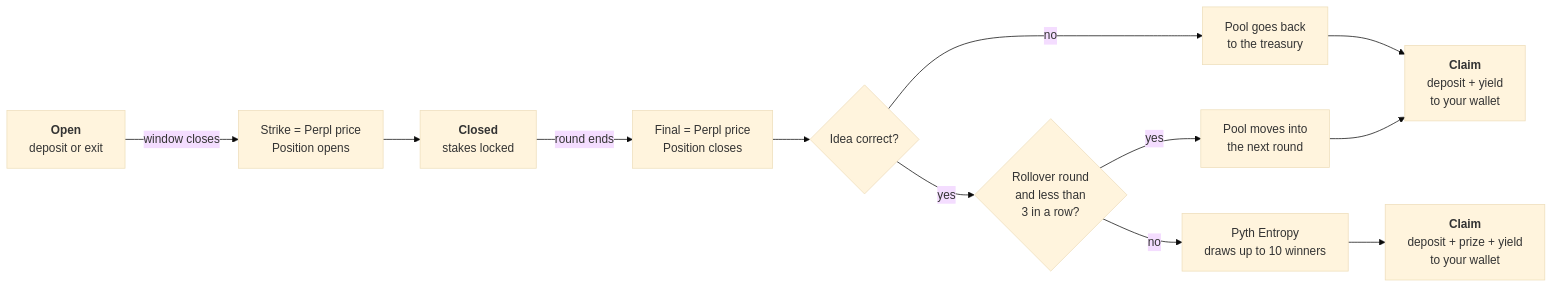
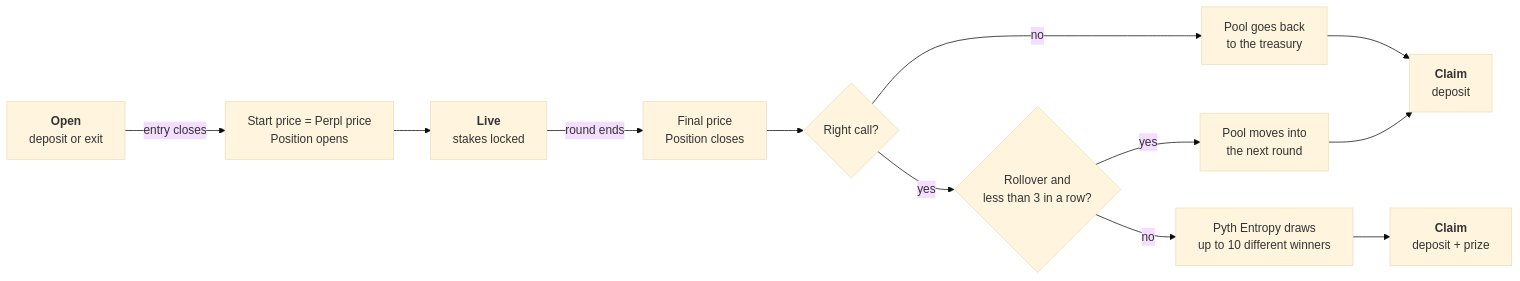
One commit to kovdanielgh/rounds changed the second of 2 diagrams in README.md. Above: the diagram before and after it, drawn with Mermaid (base theme). The commit also changed other lines of this file and 1 other file, not shown here.

````diff
--- a/README.md
+++ b/README.md
@@ -51,14 +34,14 @@
 ```mermaid
 flowchart LR
-    A["<b>Open</b><br/>deposit or exit"] -- "window closes" --> B["Strike = Perpl price<br/>Position opens"]
-    B --> C["<b>Closed</b><br/>stakes locked"]
-    C -- "round ends" --> D["Final = Perpl price<br/>Position closes"]
-    D --> Q{"Idea correct?"}
-    Q -- "yes" --> R{"Rollover round<br/>and less than<br/>3 in a row?"}
+    A["<b>Open</b><br/>deposit or exit"] -- "entry closes" --> B["Start price = Perpl price<br/>Position opens"]
+    B --> C["<b>Live</b><br/>stakes locked"]
+    C -- "round ends" --> D["Final price<br/>Position closes"]
+    D --> Q{"Right call?"}
+    Q -- "yes" --> R{"Rollover and<br/>less than 3 in a row?"}
     R -- "yes" --> N["Pool moves into<br/>the next round"]
-    R -- "no" --> F["Pyth Entropy<br/>draws up to 10 winners"]
+    R -- "no" --> F["Pyth Entropy draws<br/>up to 10 different winners"]
+    Q -- "no" --> G["Pool goes back<br/>to the treasury"]
+    F --> H["<b>Claim</b><br/>deposit + prize"]
+    G --> H2["<b>Claim</b><br/>deposit"]
     N --> H2
-    Q -- "no" --> G["Pool goes back<br/>to the treasury"]
-    F --> H["<b>Claim</b><br/>deposit + prize + yield<br/>to your wallet"]
-    G --> H2["<b>Claim</b><br/>deposit + yield<br/>to your wallet"]
 ```
````
